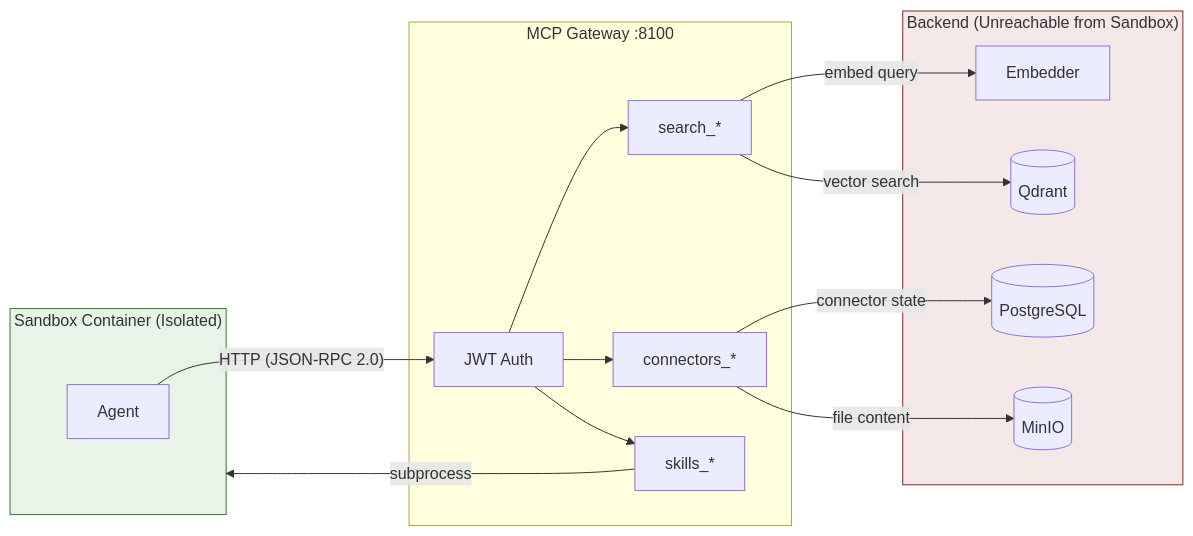
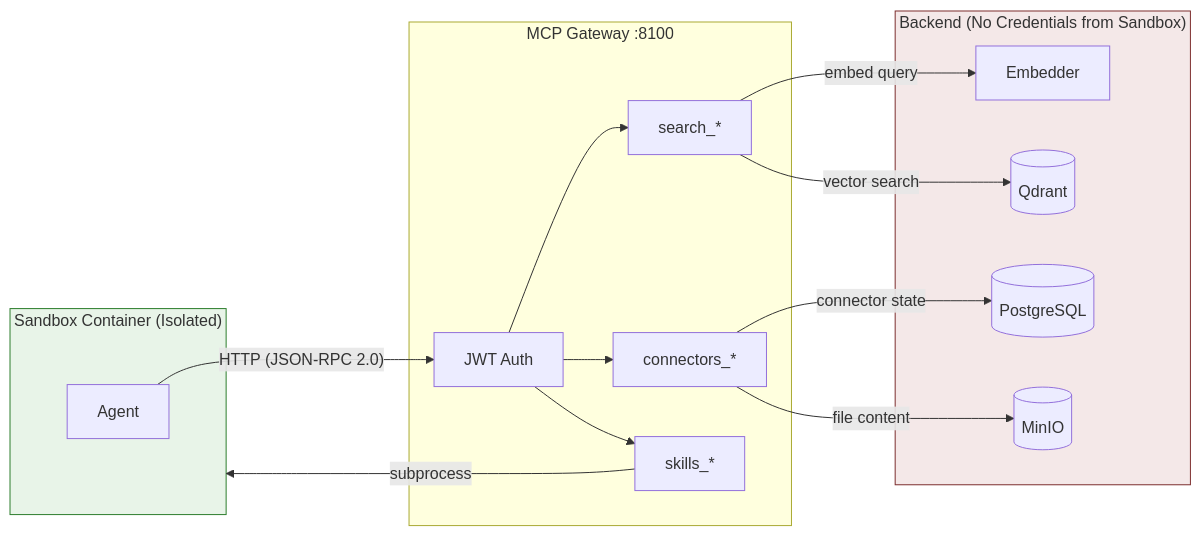
One commit to gen-mind/echo-mind changed the sixth of 6 diagrams in docs/agents/echomind-agent-architecture.md. Above: the diagram before and after it, drawn with Mermaid. The commit also changed other lines of this file, not shown here.

````diff
--- a/docs/agents/echomind-agent-architecture.md
+++ b/docs/agents/echomind-agent-architecture.md
@@ -286,31 +290,31 @@
 ```mermaid
 graph LR
     subgraph Sandbox["Sandbox Container (Isolated)"]
         Agent[Agent]
     end
 
     subgraph MCPGw["MCP Gateway :8100"]
         Auth[JWT Auth]
         Search["search_*"]
         Conn["connectors_*"]
         Skills["skills_*"]
     end
 
-    subgraph Backend["Backend (Unreachable from Sandbox)"]
+    subgraph Backend["Backend (No Credentials from Sandbox)"]
         PG[(PostgreSQL)]
         QD[(Qdrant)]
         S3[(MinIO)]
         Emb[Embedder]
     end
 
     Agent -->|"HTTP (JSON-RPC 2.0)"| Auth
     Auth --> Search & Conn & Skills
     Search -->|"embed query"| Emb
     Search -->|"vector search"| QD
     Conn -->|"connector state"| PG
     Conn -->|"file content"| S3
     Skills -->|"subprocess"| Sandbox
 
     style Sandbox fill:#e8f4e8,stroke:#2d7d2d
     style Backend fill:#f4e8e8,stroke:#7d2d2d
 ```
````
